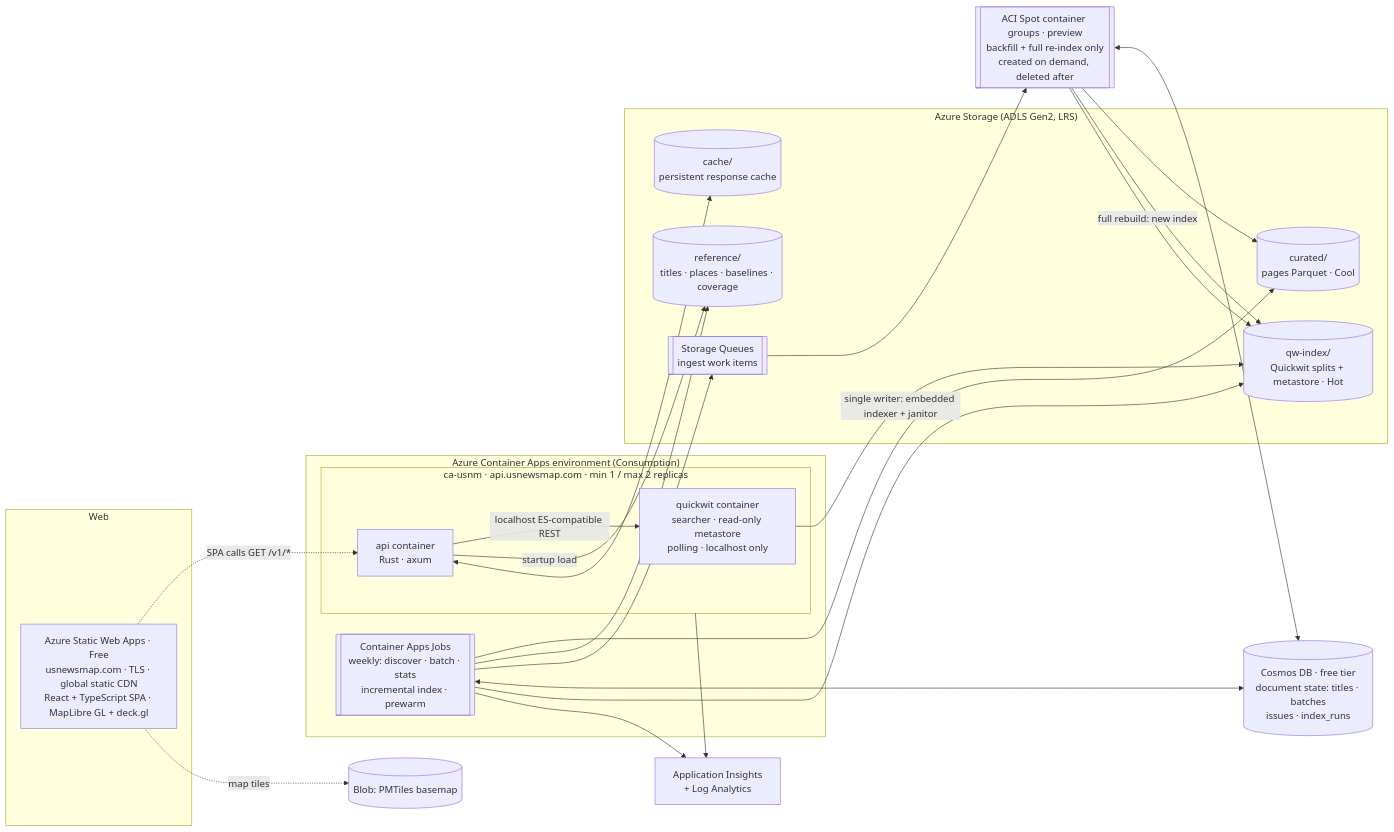
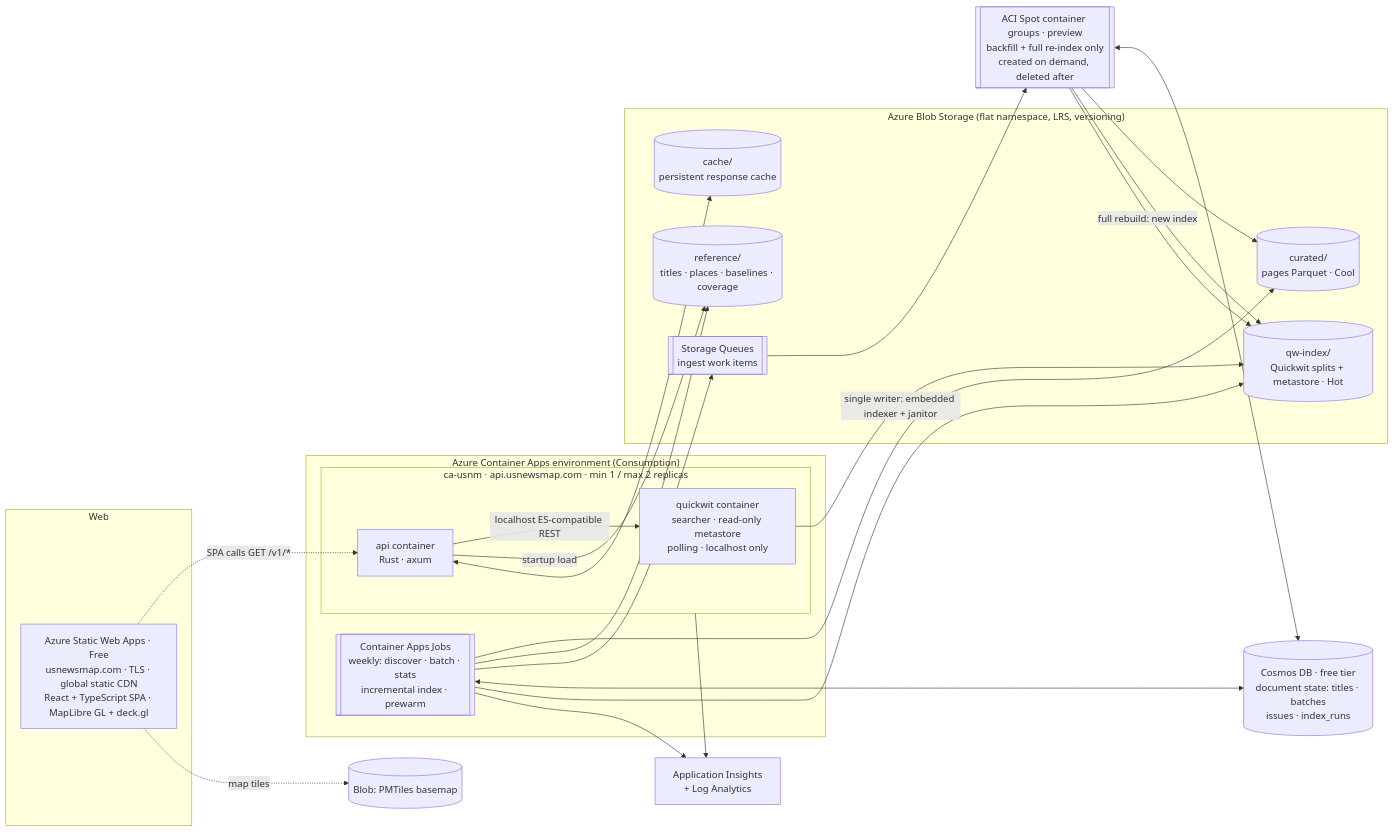
One commit to tgoodyear/usnewsmap.com changed the second of 4 diagrams in docs/design/03-architecture-overview.md. Above: the diagram before and after it, drawn with Mermaid. The commit also changed other lines of this file and 11 other files, not shown here.

````diff
--- a/docs/design/03-architecture-overview.md
+++ b/docs/design/03-architecture-overview.md
@@ -37,39 +37,39 @@
 ```mermaid
 flowchart LR
   subgraph Web
     SWA[Azure Static Web Apps · Free<br/>usnewsmap.com · TLS · global static CDN<br/>React + TypeScript SPA · MapLibre GL + deck.gl]
   end
   subgraph "Azure Container Apps environment (Consumption)"
     subgraph APP["ca-usnm · api.usnewsmap.com · min 1 / max 2 replicas"]
       API[api container<br/>Rust · axum]
       QW[quickwit container<br/>searcher · read-only metastore<br/>polling · localhost only]
     end
     JOBS[[Container Apps Jobs<br/>weekly: discover · batch · stats<br/>incremental index · prewarm]]
   end
   SPOT[[ACI Spot container groups · preview<br/>backfill + full re-index only<br/>created on demand, deleted after]]
-  subgraph Storage["Azure Storage (ADLS Gen2, LRS)"]
+  subgraph Storage["Azure Blob Storage (flat namespace, LRS, versioning)"]
     CUR[(curated/<br/>pages Parquet · Cool)]
     REF[(reference/<br/>titles · places · baselines · coverage)]
     IDX[(qw-index/<br/>Quickwit splits + metastore · Hot)]
     CACHE[(cache/<br/>persistent response cache)]
     Q[[Storage Queues<br/>ingest work items]]
   end
   TILES[(Blob: PMTiles basemap)]
   COS[(Cosmos DB · free tier<br/>document state: titles · batches<br/>issues · index_runs)]
   AI[Application Insights<br/>+ Log Analytics]
 
   SWA -. SPA calls GET /v1/* .-> API
   SWA -. map tiles .-> TILES
   API -->|localhost ES-compatible REST| QW
   API -->|startup load| REF
   API <--> CACHE
   QW --> IDX
   JOBS --> CUR & REF & Q
   JOBS <--> COS
   SPOT --> CUR & IDX
   SPOT <--> COS
   Q --> SPOT
   JOBS -->|single writer: embedded indexer + janitor| IDX
   SPOT -->|full rebuild: new index| IDX
   APP & JOBS --> AI
 ```
````
